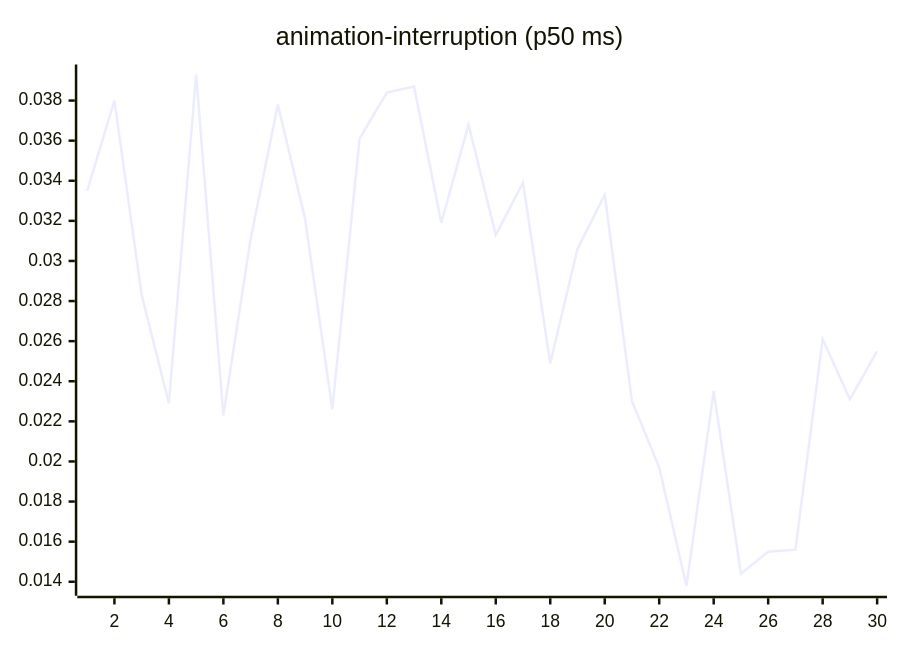
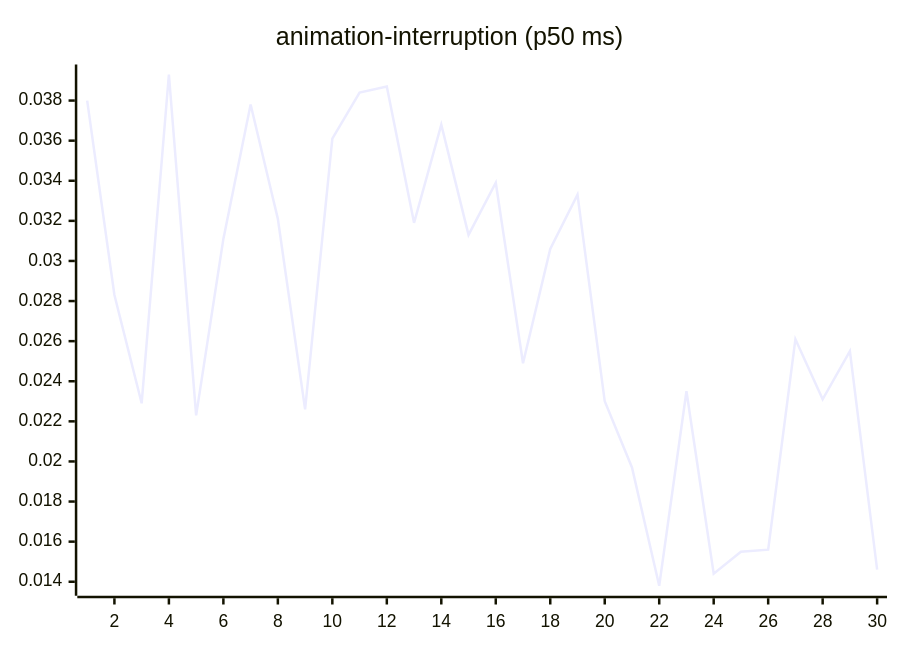
The third of 27 diagrams in README.md (josha/Facet), drawn with Mermaid before and after one commit. The commit also changed other lines of this file and 2 other files, not shown here.

````diff
--- a/README.md
+++ b/README.md
@@ -77,6 +77,6 @@
 ```mermaid
 xychart-beta
     title "animation-interruption (p50 ms)"
     x-axis 1 --> 30
-    line [0.0335, 0.0380, 0.0283, 0.0229, 0.0393, 0.0223, 0.0311, 0.0378, 0.0321, 0.0226, 0.0361, 0.0384, 0.0387, 0.0319, 0.0368, 0.0313, 0.0339, 0.0249, 0.0306, 0.0333, 0.0230, 0.0197, 0.0138, 0.0235, 0.0144, 0.0155, 0.0156, 0.0261, 0.0231, 0.0255]
+    line [0.0380, 0.0283, 0.0229, 0.0393, 0.0223, 0.0311, 0.0378, 0.0321, 0.0226, 0.0361, 0.0384, 0.0387, 0.0319, 0.0368, 0.0313, 0.0339, 0.0249, 0.0306, 0.0333, 0.0230, 0.0197, 0.0138, 0.0235, 0.0144, 0.0155, 0.0156, 0.0261, 0.0231, 0.0255, 0.0146]
 ```
````
